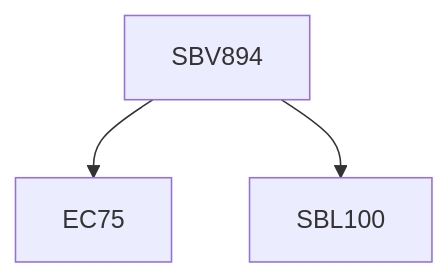
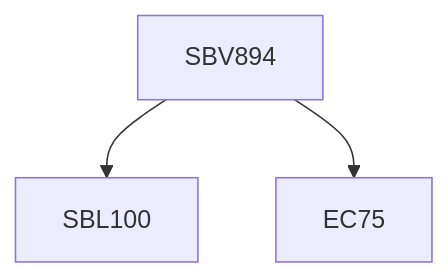
Before and after one commit to KeshavBansal0122/CoS_Website: the diagram in content/Biological Sciences/SBV894.md, drawn with Mermaid. The commit also changed other lines of this file and 392 other files, not shown here.

````diff
--- a/content/Biological Sciences/SBV894.md
+++ b/content/Biological Sciences/SBV894.md
@@ -13,9 +13,9 @@
 ```mermaid
 flowchart TD
 SBV894-699[SBV894]
+SBV894-699 --> SBL100-699[SBL100]
 SBV894-699 --> EC75-699[EC75]
-SBV894-699 --> SBL100-699[SBL100]
 
 classDef empty height:17px, fill:transparent, stroke:transparent;
 classDef trueEmpty height:0px, width:0px;
 ```
````
